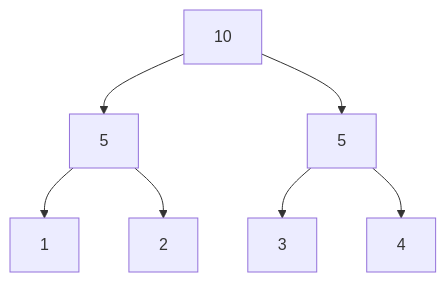
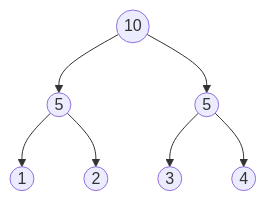
One commit to 3strategy/BeautifulMivney changed the fourth of 15 diagrams in cst/6binnode/Ex6a2binnode.md. Above: the diagram before and after it, drawn with Mermaid. The commit also changed other lines of this file and 3 other files, not shown here.

````diff
--- a/cst/6binnode/Ex6a2binnode.md
+++ b/cst/6binnode/Ex6a2binnode.md
@@ -85,9 +85,9 @@
     ```mermaid
     flowchart TB
-      A[10] --> B[5]
-      A --> C[5]
-      B --> D[1]:::leaf
-      B --> E[2]:::leaf
-      C --> F[3]:::leaf
-      C --> G[4]:::leaf
+      A((10)) --> B((5))
+      A --> C((5))
+      B --> D((1)):::leaf
+      B --> E((2)):::leaf
+      C --> F((3)):::leaf
+      C --> G((4)):::leaf
     ```
````
